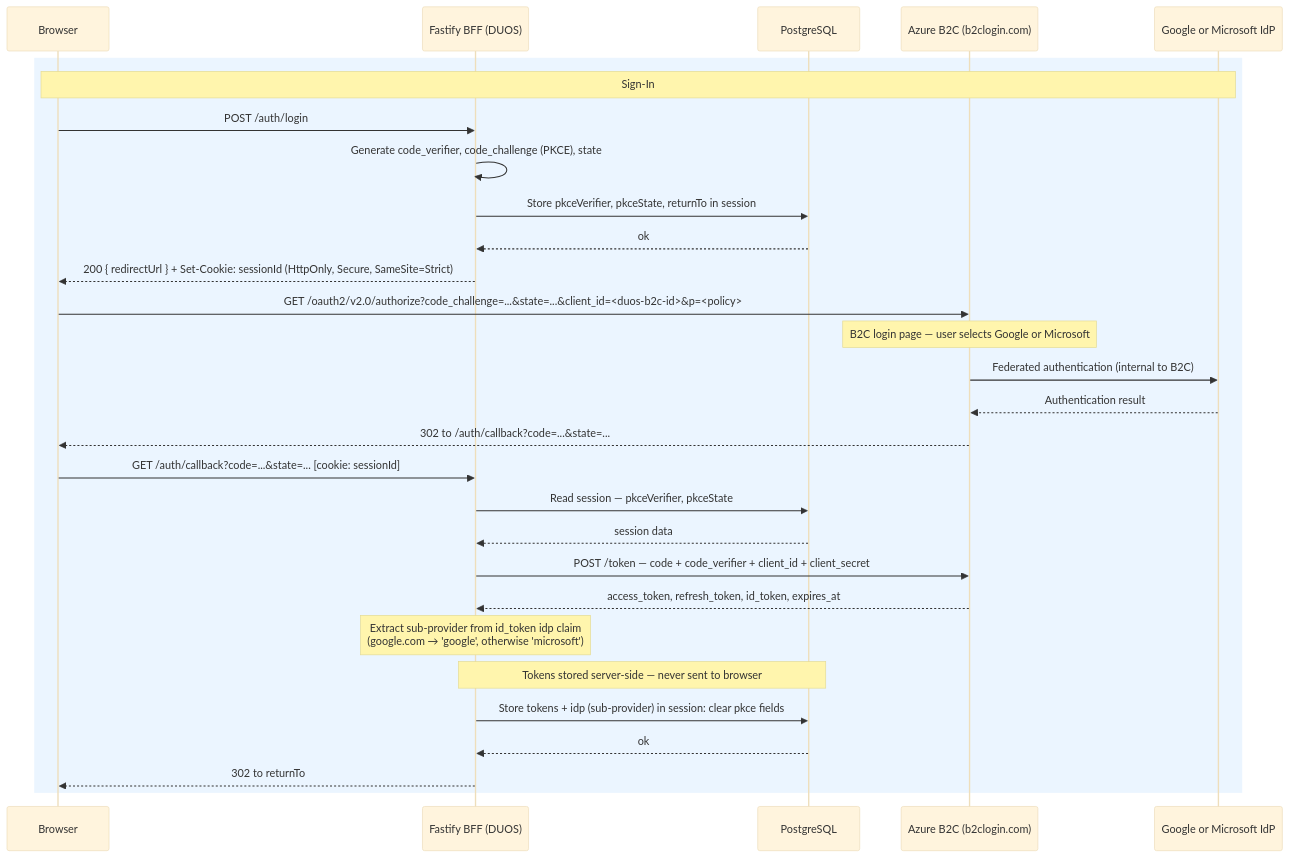
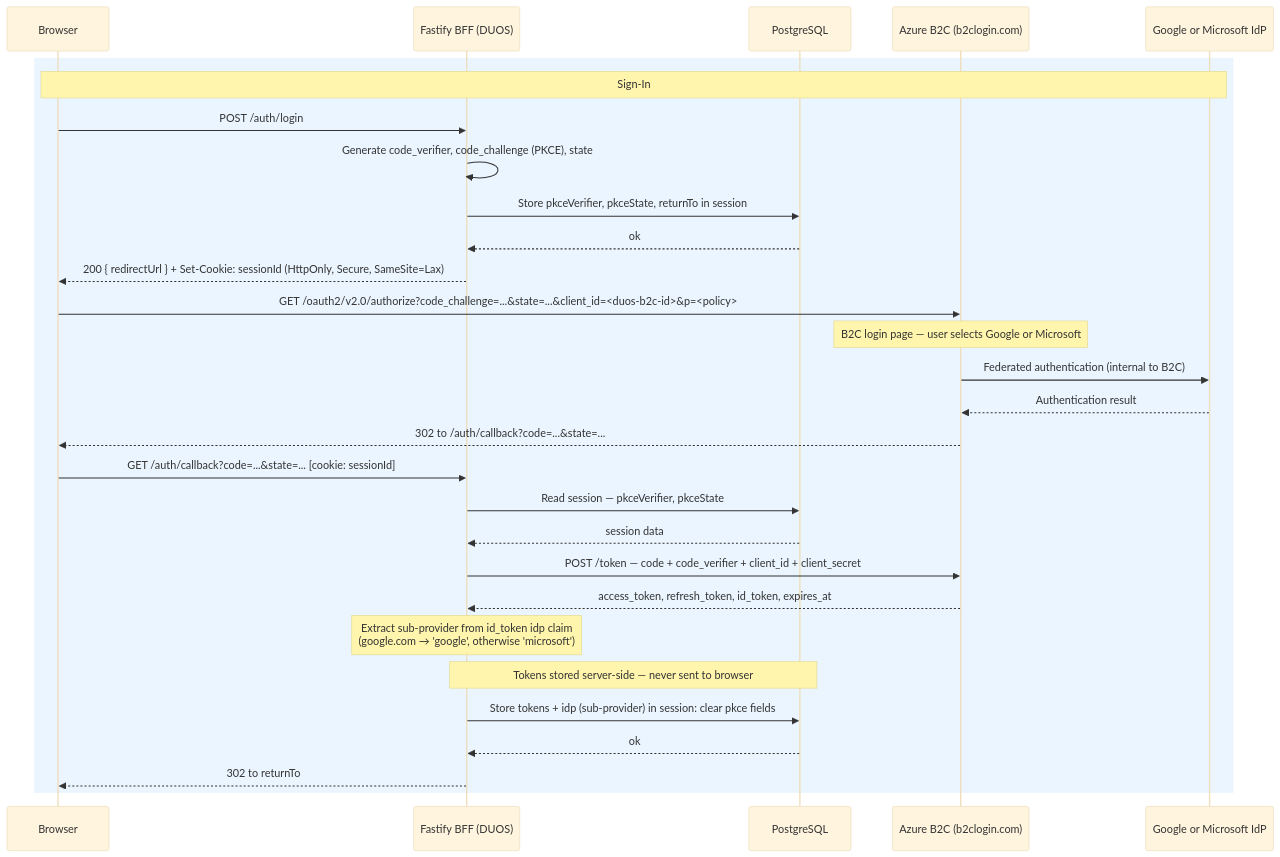
The first of 3 diagrams in docs/plans/BFF_Overview.md (DataBiosphere/duos-ui), drawn with Mermaid (base theme) before and after one commit. The commit also changed other lines of this file and 2 other files, not shown here.

````diff
--- a/docs/plans/BFF_Overview.md
+++ b/docs/plans/BFF_Overview.md
@@ -121,35 +124,35 @@
 ```mermaid
 sequenceDiagram
     participant B   as Browser
     participant BFF as Fastify BFF (DUOS)
     participant PG  as PostgreSQL
     participant B2C as Azure B2C (b2clogin.com)
     participant IdP as Google or Microsoft IdP
 
     rect rgb(235, 245, 255)
         Note over B,IdP: Sign-In
 
         B->>BFF: POST /auth/login
         BFF->>BFF: Generate code_verifier, code_challenge (PKCE), state
         BFF->>PG: Store pkceVerifier, pkceState, returnTo in session
         PG-->>BFF: ok
-        BFF-->>B: 200 { redirectUrl } + Set-Cookie: sessionId (HttpOnly, Secure, SameSite=Strict)
+        BFF-->>B: 200 { redirectUrl } + Set-Cookie: sessionId (HttpOnly, Secure, SameSite=Lax)
 
         B->>B2C: GET /oauth2/v2.0/authorize?code_challenge=...&state=...&client_id=<duos-b2c-id>&p=<policy>
         Note over B2C: B2C login page — user selects Google or Microsoft
         B2C->>IdP: Federated authentication (internal to B2C)
         IdP-->>B2C: Authentication result
         B2C-->>B: 302 to /auth/callback?code=...&state=...
 
         B->>BFF: GET /auth/callback?code=...&state=... [cookie: sessionId]
         BFF->>PG: Read session — pkceVerifier, pkceState
         PG-->>BFF: session data
         BFF->>B2C: POST /token — code + code_verifier + client_id + client_secret
         B2C-->>BFF: access_token, refresh_token, id_token, expires_at
         Note over BFF: Extract sub-provider from id_token idp claim<br/>(google.com → 'google', otherwise 'microsoft')
         Note over BFF,PG: Tokens stored server-side — never sent to browser
         BFF->>PG: Store tokens + idp (sub-provider) in session: clear pkce fields
         PG-->>BFF: ok
         BFF-->>B: 302 to returnTo
     end
 ```
````
